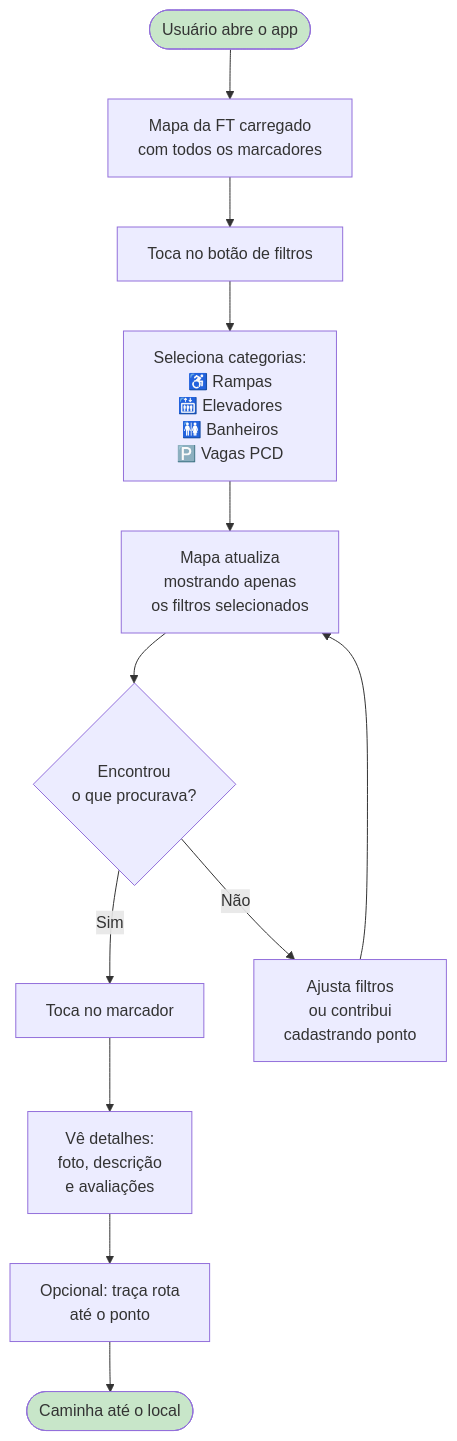
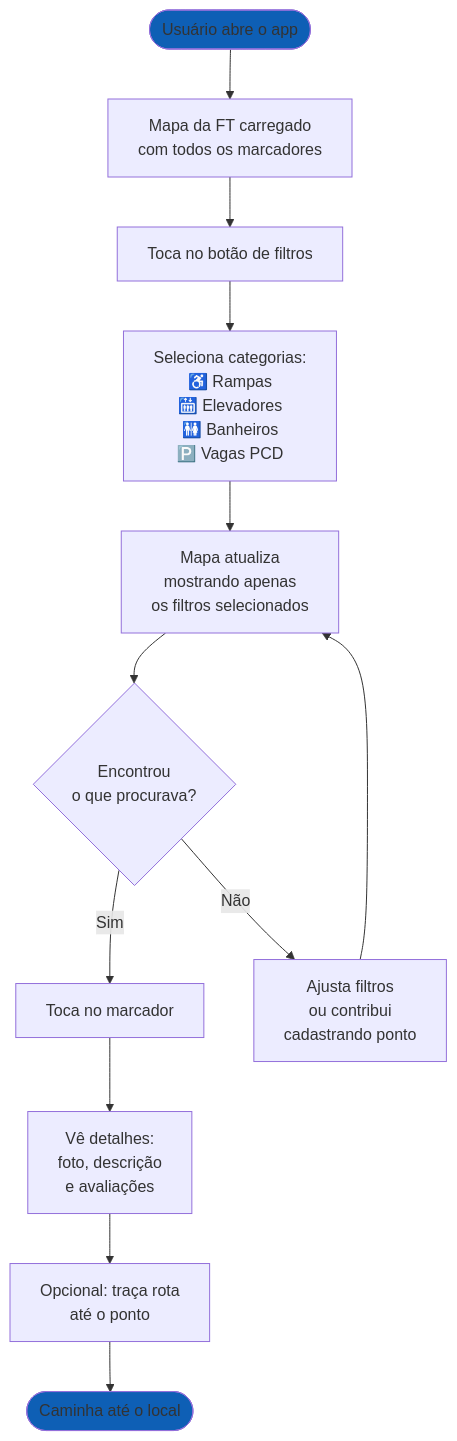
The third of 3 diagrams in docs/03-jornada-do-usuario.md (oficialvzi/cadei-rotas), drawn with Mermaid before and after one commit. The commit also changed other lines of this file and 1 other file, not shown here.

Commit message:
muda as cores dos diagramas

````diff
--- a/docs/03-jornada-do-usuario.md
+++ b/docs/03-jornada-do-usuario.md
@@ -79,17 +79,17 @@
 ```mermaid
 flowchart TD
     A([Usuário abre o app]) --> B[Mapa da FT carregado<br/>com todos os marcadores]
     B --> C[Toca no botão de filtros]
     C --> D[Seleciona categorias:<br/>♿ Rampas<br/>🛗 Elevadores<br/>🚻 Banheiros<br/>🅿️ Vagas PCD]
     D --> E[Mapa atualiza<br/>mostrando apenas<br/>os filtros selecionados]
     E --> F{Encontrou<br/>o que procurava?}
     F -->|Sim| G[Toca no marcador]
     G --> H[Vê detalhes:<br/>foto, descrição<br/>e avaliações]
     H --> I[Opcional: traça rota<br/>até o ponto]
     I --> Fim([Caminha até o local])
     F -->|Não| J[Ajusta filtros<br/>ou contribui<br/>cadastrando ponto]
     J --> E
 
-    style A fill:#c8e6c9
-    style Fim fill:#c8e6c9
+    style A fill:#0E5FB5
+    style Fim fill:#0E5FB5
 ```
````
